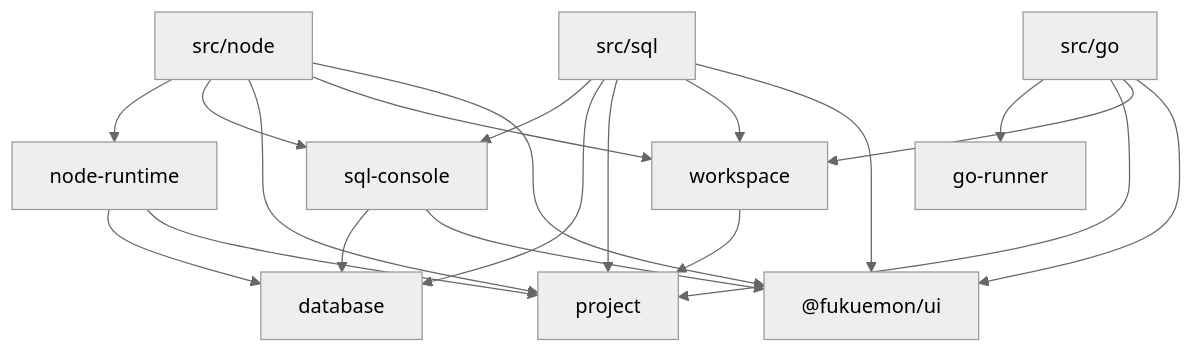
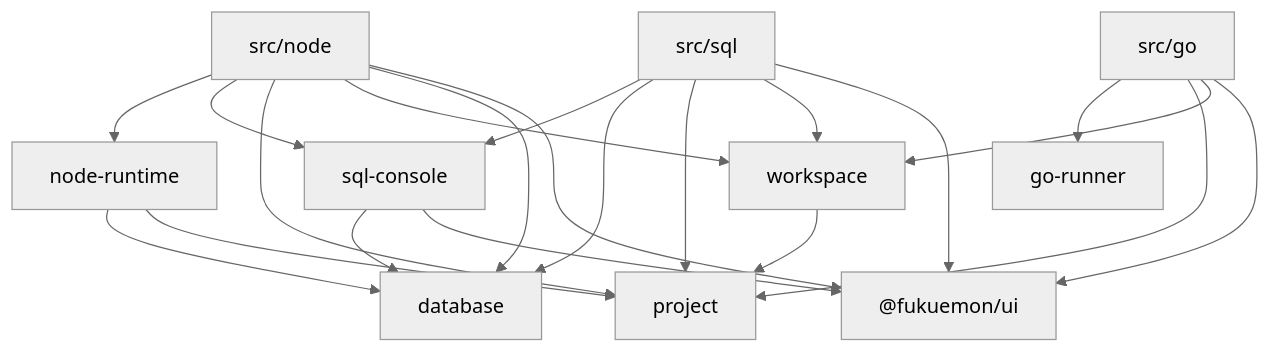
The first of 3 diagrams in design/features/playground/DesignDoc.md (Fukuemon/fukuemon.dev), drawn with Mermaid (neutral theme) before and after one commit. The commit also changed other lines of this file and 13 other files, not shown here.

````diff
--- a/design/features/playground/DesignDoc.md
+++ b/design/features/playground/DesignDoc.md
@@ -94,33 +95,34 @@
 ```mermaid
 flowchart TB
   node["src/node"]
   sql["src/sql"]
   go["src/go"]
   console["sql-console"]
   runtime["node-runtime"]
   database["database"]
   runner["go-runner"]
   project["project"]
   workspace["workspace"]
   ui["@fukuemon/ui"]
 
   node --> runtime
   node --> console
   node --> project
   node --> workspace
+  node --> database
   node --> ui
   sql --> console
   sql --> database
   sql --> project
   sql --> workspace
   sql --> ui
   go --> runner
   go --> project
   go --> workspace
   go --> ui
   console --> database
   console --> ui
   runtime --> database
   runtime --> project
   workspace --> project
 ```
````
